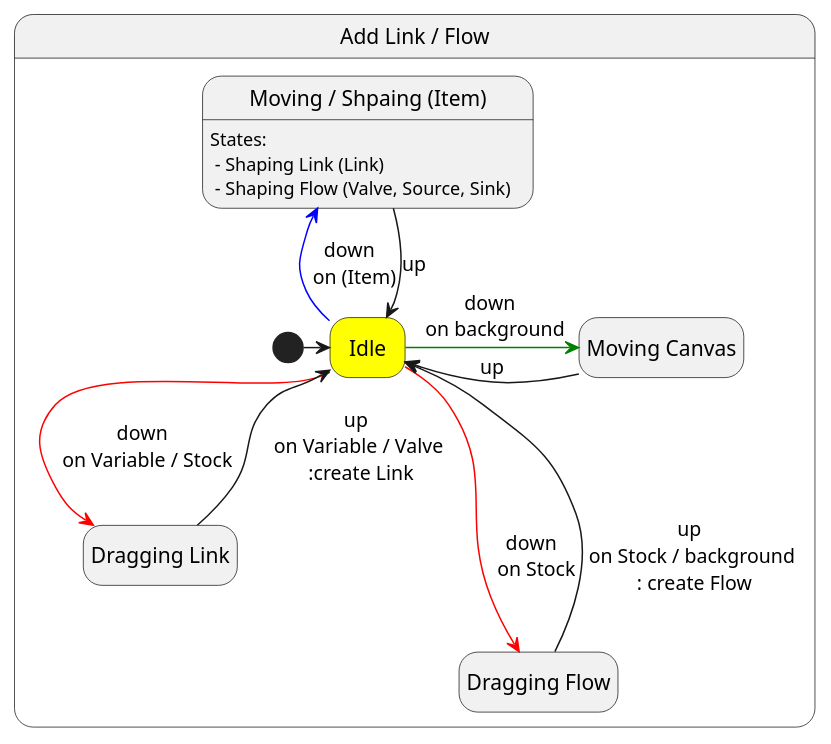
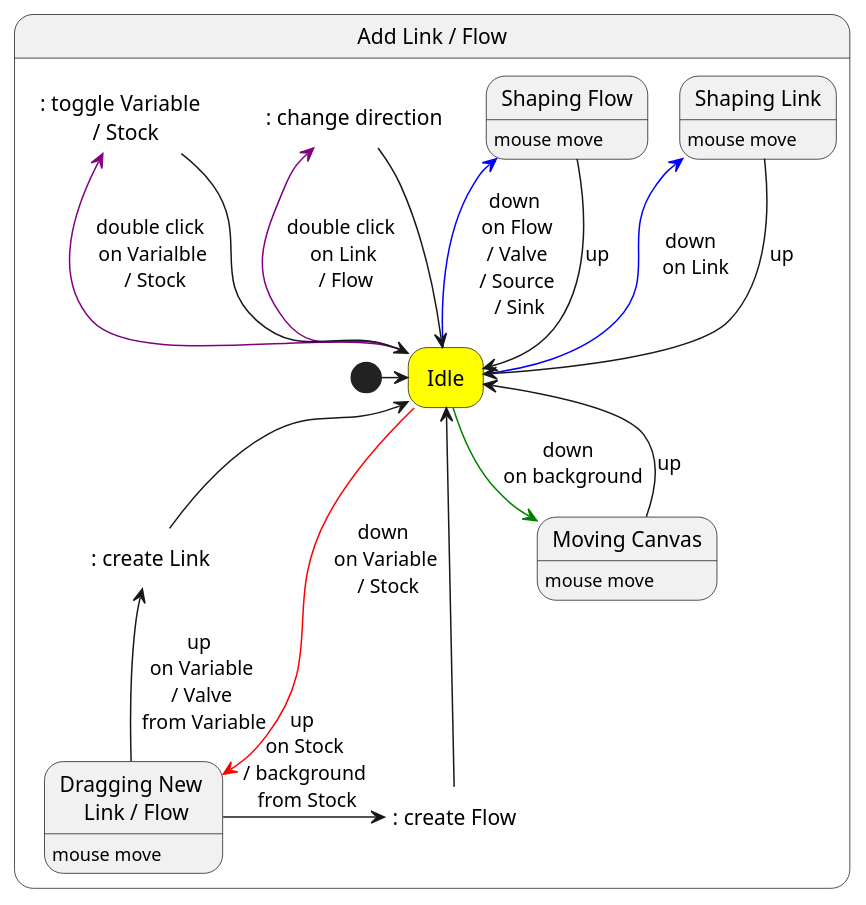
The fourth of 4 diagrams in docusaurus/docs/interaction.md (cidhuang/system-dynamics-tool), drawn with PlantUML before and after one commit. The commit also changed other lines of this file, not shown here.

````diff
--- a/docusaurus/docs/interaction.md
+++ b/docusaurus/docs/interaction.md
@@ -182,28 +114,44 @@
 ```plantuml
 @startuml Add Link / Flow
 hide empty description
 
 state "Add Link / Flow" as modeAddLinkFlow {
   state "Idle" as idle #yellow
-  state "Moving Canvas" as moveCanvas
-  state "Moving / Shpaing (Item)" as moveItem : States: \n - Shaping Link (Link) \n - Shaping Flow (Valve, Source, Sink)
-  state "Dragging Link" as dragLink
-  state "Dragging Flow" as dragFlowStock
+  state "Moving Canvas" as moveCanvas : mouse move
+  state "Shaping Link" as shapeLink : mouse move
+  state "Shaping Flow" as shapeFlow : mouse move
+  state "Dragging New \n Link / Flow" as dragNewLinkFlow : mouse move
+  state ": create Link" as addLink #white ##white
+  state ": create Flow" as addFlow #white ##white
+  state ": change direction" as changeDirection #white ##white
+
 
   [*] -> idle
-  idle -right[#green]> moveCanvas : down \n on background
-  moveCanvas -> idle : up
+  idle -[#green]-> moveCanvas : down \n on background
+  moveCanvas --> idle : up
 
-  idle -up[#blue]-> moveItem : down \n on (Item)
-  moveItem --> idle : up
+  idle -up[#blue]-> shapeLink : down \n on Link
+  shapeLink --> idle : up
 
-  idle -[#red]-> dragLink : down \n on Variable / Stock
-  dragLink -up-> idle : up \n on Variable / Valve \n :create Link
+  idle -up[#blue]-> shapeFlow : down \n on Flow \n / Valve \n / Source \n / Sink
+  shapeFlow --> idle : up
 
-  idle -[#red]--> dragFlowStock : down \n on Stock
-  dragFlowStock -up--> idle : up \n on Stock / background \n : create Flow
+  idle -[#red]--> dragNewLinkFlow : down \n on Variable \n / Stock
+  dragNewLinkFlow -up-> addLink : up \n on Variable \n / Valve \n from Variable
+  addLink -up-> idle
+
+  dragNewLinkFlow -> addFlow : up \n on Stock \n / background \n from Stock
+  addFlow -up-> idle
+
+  idle -[#purple]up-> changeDirection : double click \n on Link \n / Flow
+  changeDirection --> idle
+
+  state ": toggle Variable \n / Stock" as toggleVariableStock #white ##white
+
+  idle -up[#purple]-> toggleVariableStock : double click \n on Varialble \n / Stock
+  toggleVariableStock --> idle
 
 }
 
 @enduml
 ```
````
